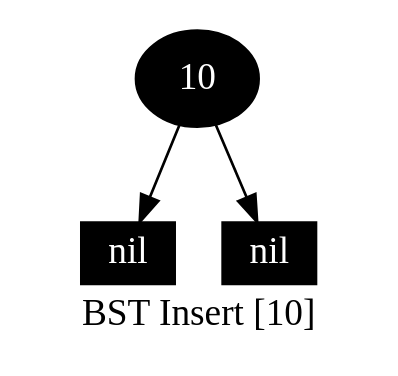
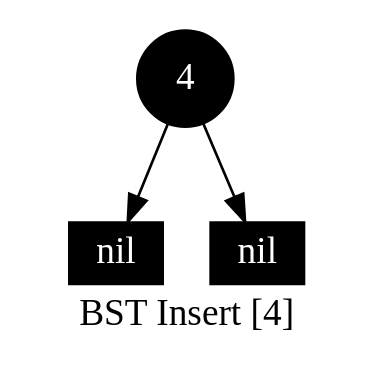
One commit to Sinopsys/DS-A-Assignments changed the diagram in 14/impl/cmake-build-debug/gv_files/dump_#_0000.gv. Above: the diagram before and after it, drawn with Graphviz. The commit also changed 101 other files, not shown here.

```diff
--- a/14/impl/cmake-build-debug/gv_files/dump_#_0000.gv
+++ b/14/impl/cmake-build-debug/gv_files/dump_#_0000.gv
@@ -1,9 +1,9 @@
 digraph G {
-    label="BST Insert [10]";
+    label="BST Insert [4]";
     node [width=0.5,fontcolor=white,style=filled];
-    10 [fillcolor=black]
-    10 -> NULLl10
-    NULLl10 [label="nil",width=0.3,height=0.2,shape=box,fillcolor=black]
-    10 -> NULLr10
-    NULLr10 [label="nil",width=0.3,height=0.2,shape=box,fillcolor=black]
+    4 [fillcolor=black]
+    4 -> NULLl4
+    NULLl4 [label="nil",width=0.3,height=0.2,shape=box,fillcolor=black]
+    4 -> NULLr4
+    NULLr4 [label="nil",width=0.3,height=0.2,shape=box,fillcolor=black]
 }
```
